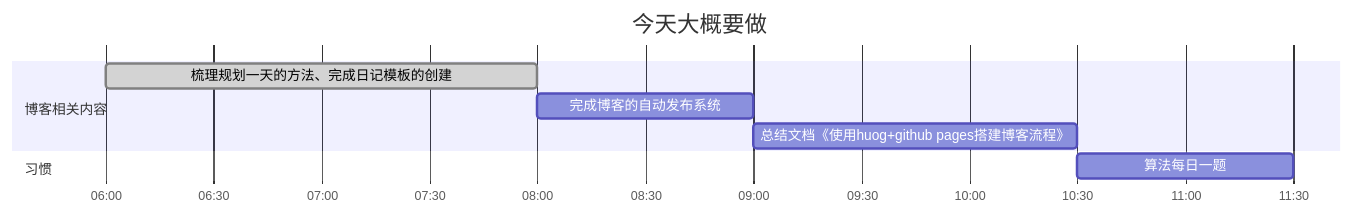
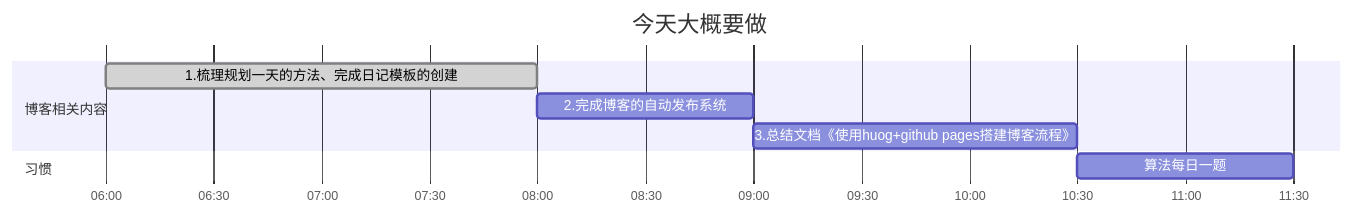
The second of 2 diagrams in content/posts/diary/2023-05-11.md (904566722/study-blog), drawn with Mermaid before and after one commit. The commit also changed other lines of this file and 8 other files, not shown here.

```diff
--- a/content/posts/diary/2023-05-11.md
+++ b/content/posts/diary/2023-05-11.md
@@ -39,15 +40,15 @@
 {{< mermaid >}}
 gantt
 dateFormat HH:mm
 axisFormat %H:%M
 tickInterval 1h
 title 今天大概要做
 
 section 博客相关内容
-梳理规划一天的方法、完成日记模板的创建:done,riji,06:00, 2h
-完成博客的自动发布系统:fabu, after riji, 1h
-总结文档《使用huog+github pages搭建博客流程》:after fabu, 90m
+1.梳理规划一天的方法、完成日记模板的创建:done,riji,06:00, 2h
+2.完成博客的自动发布系统:fabu, after riji, 1h
+3.总结文档《使用huog+github pages搭建博客流程》:after fabu, 90m
 
 section 习惯
 算法每日一题: 1h
 {{< /mermaid >}}
```
